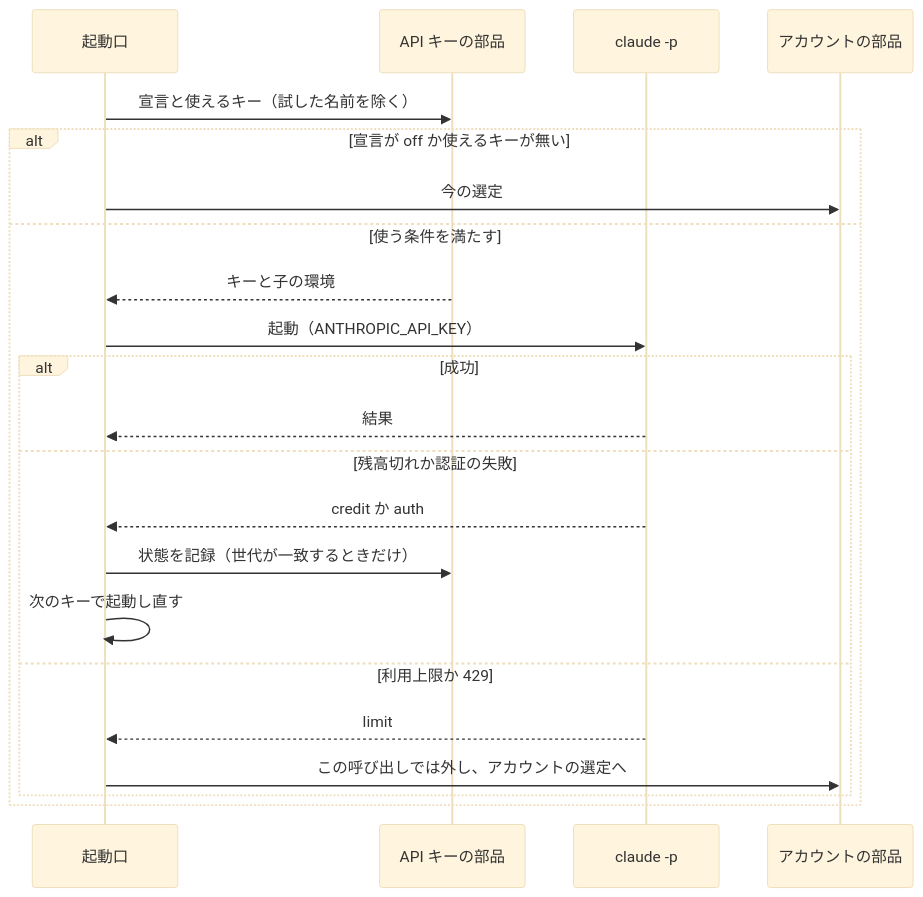
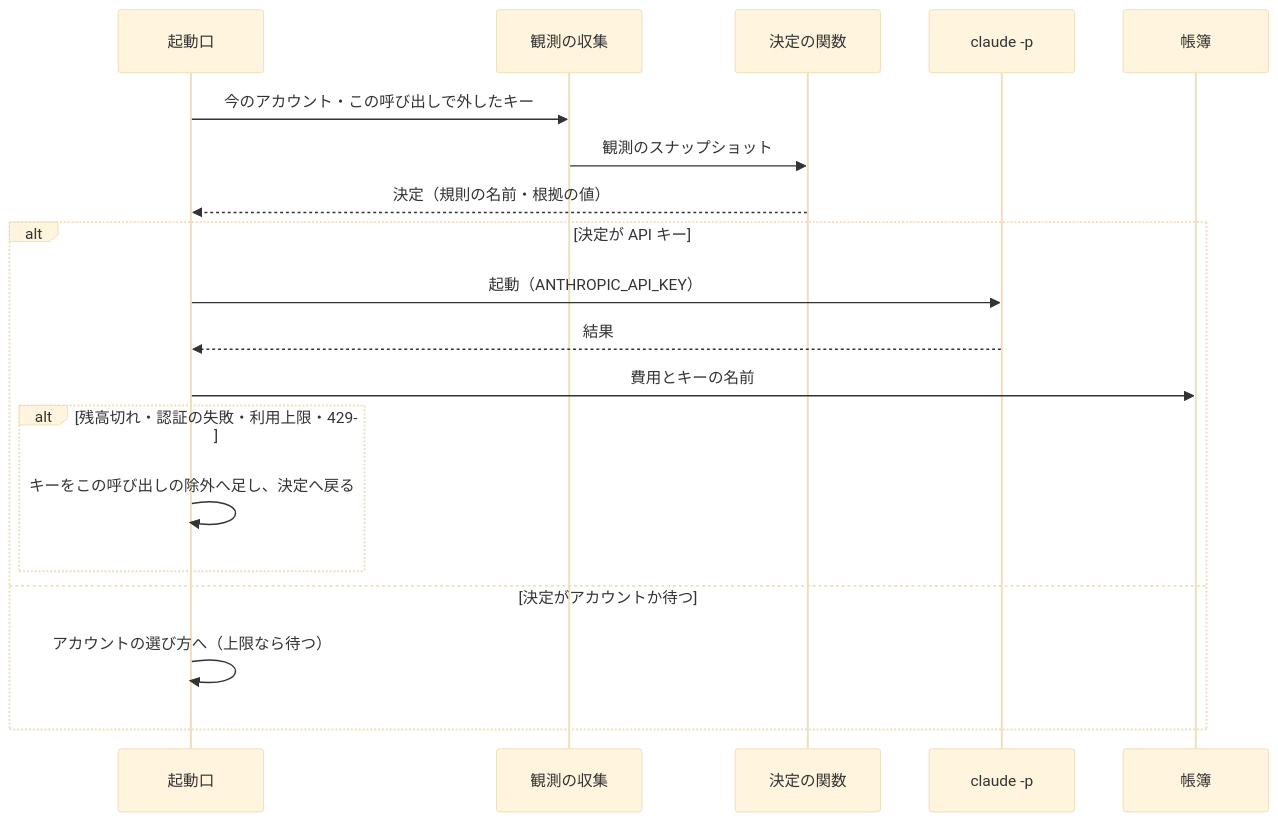
The second of 2 diagrams in docs/specifications/ndf-relay-api-keys.md (devbasex/ai-plugins), drawn with Mermaid (base theme) before and after one commit. The commit also changed other lines of this file and 3 other files, not shown here.

````diff
--- a/docs/specifications/ndf-relay-api-keys.md
+++ b/docs/specifications/ndf-relay-api-keys.md
@@ -157,24 +182,21 @@
 ```mermaid
 sequenceDiagram
     participant R as 起動口
-    participant K as API キーの部品
+    participant O as 観測の収集
+    participant D as 決定の関数
     participant C as claude -p
-    participant A as アカウントの部品
-    R->>K: 宣言と使えるキー（試した名前を除く）
-    alt 宣言が off か使えるキーが無い
-        R->>A: 今の選定
-    else 使う条件を満たす
-        K-->>R: キーと子の環境
+    participant L as 帳簿
+    R->>O: 今のアカウント・この呼び出しで外したキー
+    O->>D: 観測のスナップショット
+    D-->>R: 決定（規則の名前・根拠の値）
+    alt 決定が API キー
         R->>C: 起動（ANTHROPIC_API_KEY）
-        alt 成功
-            C-->>R: 結果
-        else 残高切れか認証の失敗
-            C-->>R: credit か auth
-            R->>K: 状態を記録（世代が一致するときだけ）
-            R->>R: 次のキーで起動し直す
-        else 利用上限か 429
-            C-->>R: limit
-            R->>A: この呼び出しでは外し、アカウントの選定へ
+        C-->>R: 結果
+        R->>L: 費用とキーの名前
+        alt 残高切れ・認証の失敗・利用上限・429
+            R->>R: キーをこの呼び出しの除外へ足し、決定へ戻る
         end
+    else 決定がアカウントか待つ
+        R->>R: アカウントの選び方へ（上限なら待つ）
     end
 ```
````
